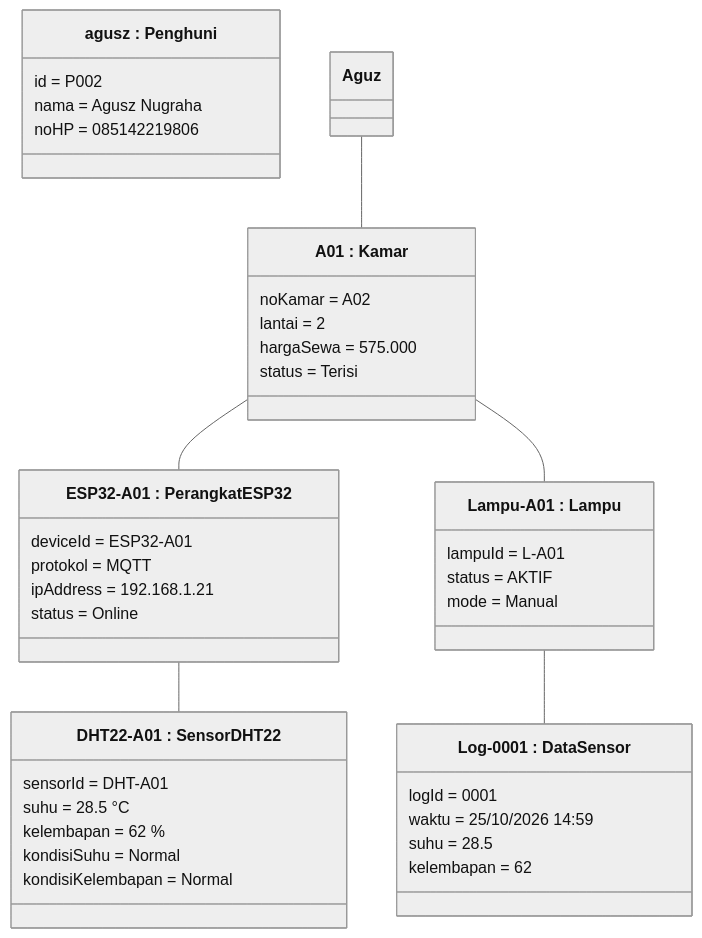
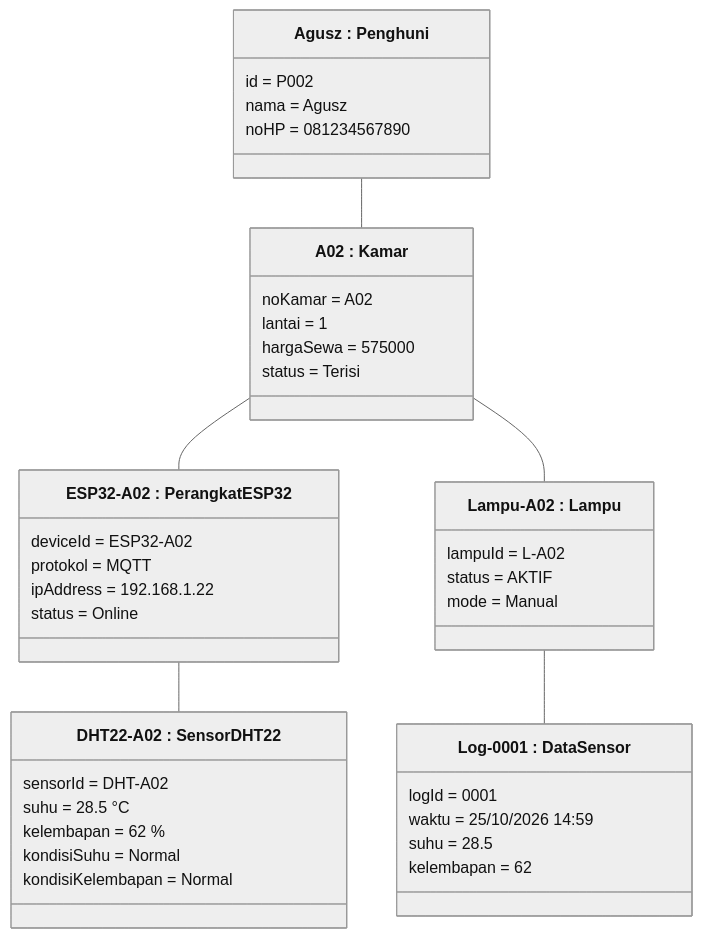
Before and after one commit to RPLUNIT032026/rental-room-digitaltwin: the diagram in diagram_uml.md/04_object.diagram.md, drawn with Mermaid (neutral theme).

Commit message:
Update UML diagram for Agusz and KamarA02

````diff
--- a/diagram_uml.md/04_object.diagram.md
+++ b/diagram_uml.md/04_object.diagram.md
@@ -3,49 +3,51 @@
 ```mermaid
 classDiagram
     direction TB
-    class agusz["agusz : Penghuni"] {
+
+    class Agusz["Agusz : Penghuni"] {
         id = P002
-        nama = Agusz Nugraha
-        noHP = 085142219806
+        nama = Agusz
+        noHP = 081234567890
     }
-    class KamarA01["A01 : Kamar"] {
+
+    class KamarA02["A02 : Kamar"] {
         noKamar = A02
-        lantai = 2
-        hargaSewa = 575.000
+        lantai = 1
+        hargaSewa = 575000
         status = Terisi
     }
 
-    class Esp32["ESP32-A01 : PerangkatESP32"] {
-        deviceId = ESP32-A01
+    class Esp32["ESP32-A02 : PerangkatESP32"] {
+        deviceId = ESP32-A02
         protokol = MQTT
-        ipAddress = 192.168.1.21
+        ipAddress = 192.168.1.22
         status = Online
     }
 
-    class Dht22["DHT22-A01 : SensorDHT22"] {
-        sensorId = DHT-A01
+    class Dht22["DHT22-A02 : SensorDHT22"] {
+        sensorId = DHT-A02
         suhu = 28.5 °C
         kelembapan = 62 %
         kondisiSuhu = Normal
         kondisiKelembapan = Normal
     }
 
-    class Lampu["Lampu-A01 : Lampu"] {
-        lampuId = L-A01
+    class Lampu["Lampu-A02 : Lampu"] {
+        lampuId = L-A02
         status = AKTIF
         mode = Manual
     }
 
     class Log["Log-0001 : DataSensor"] {
         logId = 0001
         waktu = 25/10/2026 14:59
         suhu = 28.5
         kelembapan = 62
     }
 
-    Aguz -- KamarA01
-    KamarA01 -- Esp32
+    Agusz -- KamarA02
+    KamarA02 -- Esp32
     Esp32 -- Dht22
-    KamarA01 -- Lampu
+    KamarA02 -- Lampu
     Lampu -- Log
 ```
````
